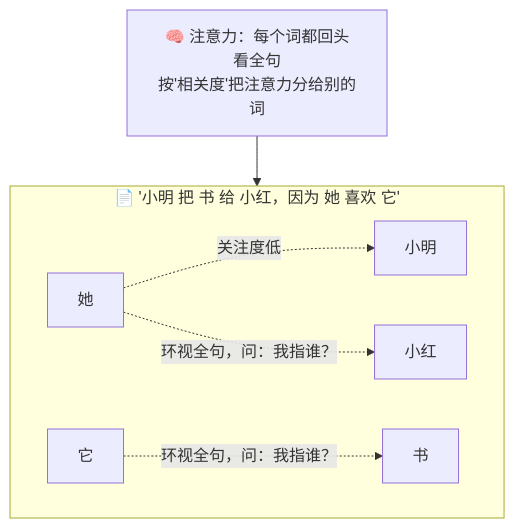
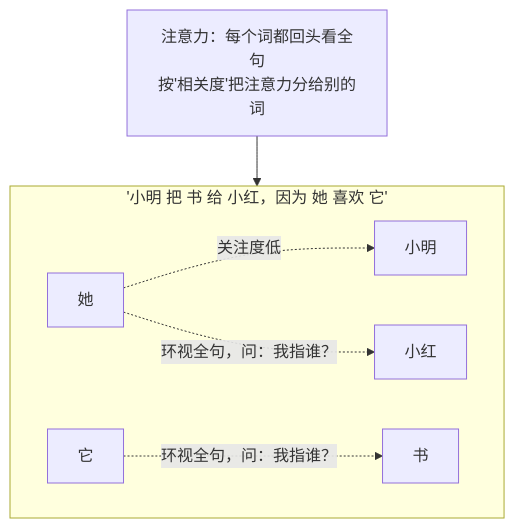
The first of 5 diagrams in docs/02_CONCEPTS_概念入门/CONCEPT/[CONCEPT-14] 什么是Transformer-变换器.md (luckykhy/KhyAiHub), drawn with Mermaid before and after one commit. The commit also changed other lines of this file and 19 other files, not shown here.

````diff
--- a/docs/02_CONCEPTS_概念入门/CONCEPT/[CONCEPT-14] 什么是Transformer-变换器.md
+++ b/docs/02_CONCEPTS_概念入门/CONCEPT/[CONCEPT-14] 什么是Transformer-变换器.md
@@ -42,15 +42,15 @@
 ```mermaid
 flowchart TB
-  subgraph 一句话["📄 '小明 把 书 给 小红，因为 她 喜欢 它'"]
+  subgraph 一句话["'小明 把 书 给 小红，因为 她 喜欢 它'"]
     direction LR
     W1["小明"]
     W2["书"]
     W3["小红"]
     W4["她"]
     W5["它"]
   end
   W4 -. "环视全句，问：我指谁？" .-> W3
   W4 -. "关注度低" .-> W1
   W5 -. "环视全句，问：我指谁？" .-> W2
-  N["🧠 注意力：每个词都回头看全句<br/>按'相关度'把注意力分给别的词"] --> 一句话
+  N["注意力：每个词都回头看全句<br/>按'相关度'把注意力分给别的词"] --> 一句话
 ```
````
